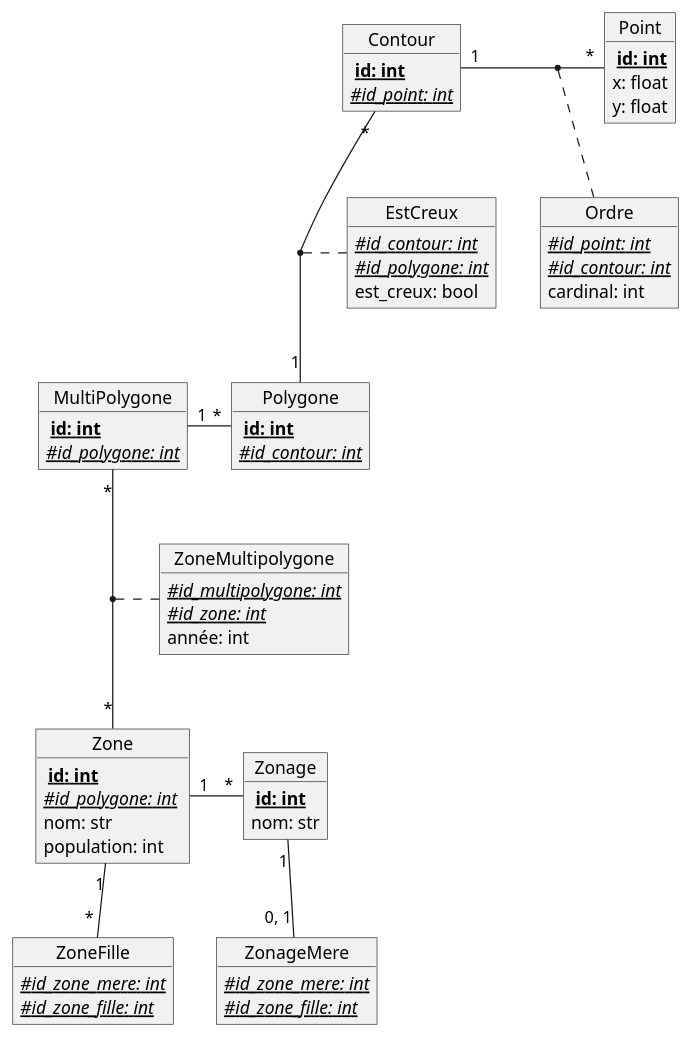
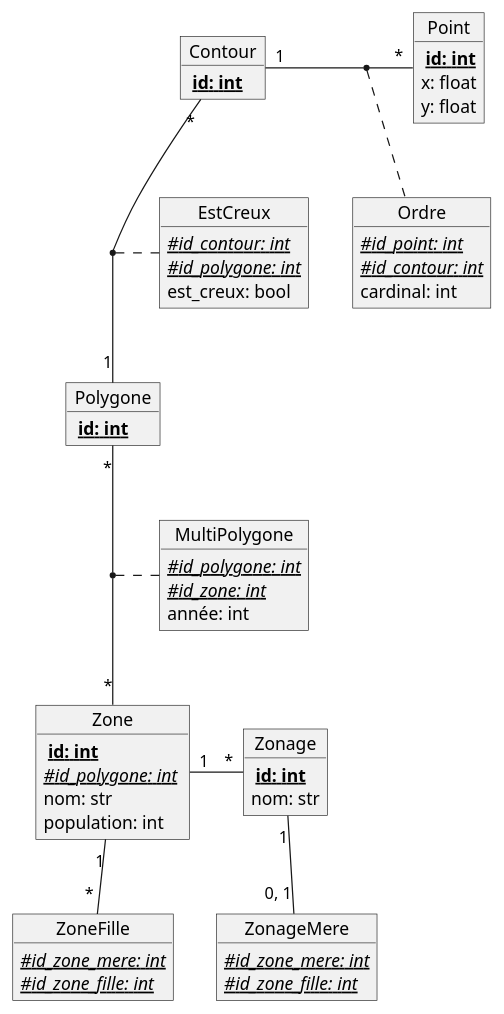
Before and after one commit to antoni-guardia/ENSAI_ProjetInfo2A: the diagram in doc/diagrammes/diagramme_entite_relation.md, drawn with PlantUML. The commit also changed 1 other file, not shown here.

Commit message:
maj diagram

```diff
--- a/doc/diagrammes/diagramme_entite_relation.md
+++ b/doc/diagrammes/diagramme_entite_relation.md
@@ -4,78 +4,72 @@
 @startuml
 object Zonage{
 <b> {Static} id: int
 nom: str
 }
 
 object Zone{
 <b> {Static} id: int 
 {Static}//#id_polygone: int //
 nom: str
 population: int
 }
 
-object ZoneMultipolygone{
-{Static}//#id_multipolygone: int//
+object MultiPolygone{
+{Static}//#id_polygone: int//
 {Static}//#id_zone: int//
 année: int
 }
 
-object MultiPolygone{
-<b> {Static} id: int
-{Static}//#id_polygone: int//
-}
+
 
 object Polygone{
 <b> {Static} id: int
-{Static}//#id_contour: int//
 }
 
 object Contour{
 <b> {Static} id: int
-{Static}//#id_point: int//
 }
 
 object Point{
 <b> {Static} id: int
 x: float
 y: float
 }
 object EstCreux{
 {Static}//#id_contour: int//
 {Static}//#id_polygone: int//
 est_creux: bool
 }
 
 object Ordre{
 {Static}//#id_point: int//
 {Static}//#id_contour: int//
 cardinal: int
 
 }
 
 object ZoneFille{
 {Static}//#id_zone_mere: int//
 {Static}//#id_zone_fille: int//
 }
 
 object ZonageMere{
 {Static}//#id_zone_mere: int//
 {Static}//#id_zone_fille: int//
 }
 Zonage "1"-- "0, 1" ZonageMere
 
-MultiPolygone "*" -- "*" Zone
-(MultiPolygone, Zone) .. ZoneMultipolygone
+Polygone "*" -- "*" Zone
+(Polygone, Zone) .. MultiPolygone
 
 Contour "*" -- "1" Polygone
 (Contour, Polygone) .. EstCreux
 
 Contour "1" -right- "*" Point
 (Contour, Point) .. Ordre
 
 Zone "1" -down- " * " ZoneFille
 Zone "1" -right- "*" Zonage
-MultiPolygone "1"-right-"*" Polygone
 
 
 @enduml
```
